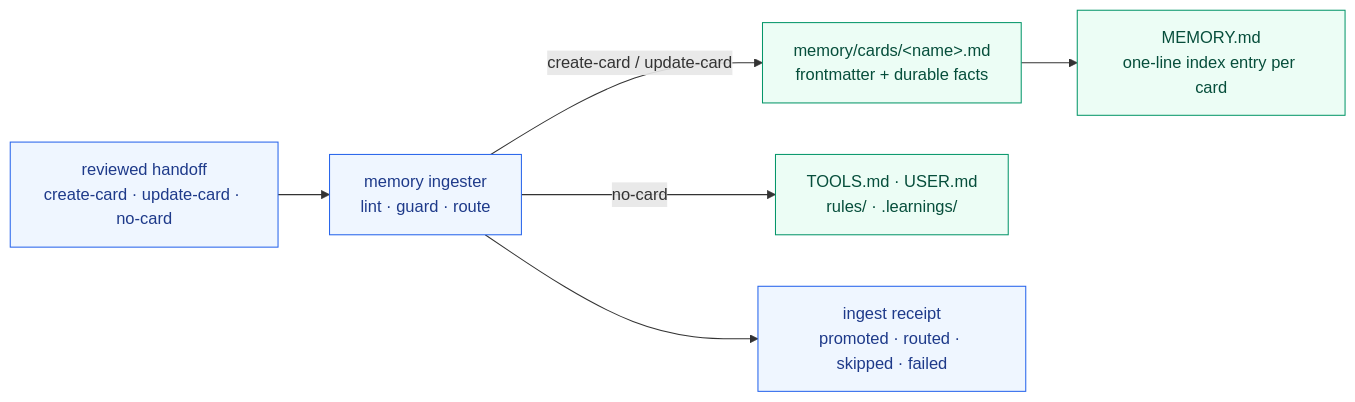
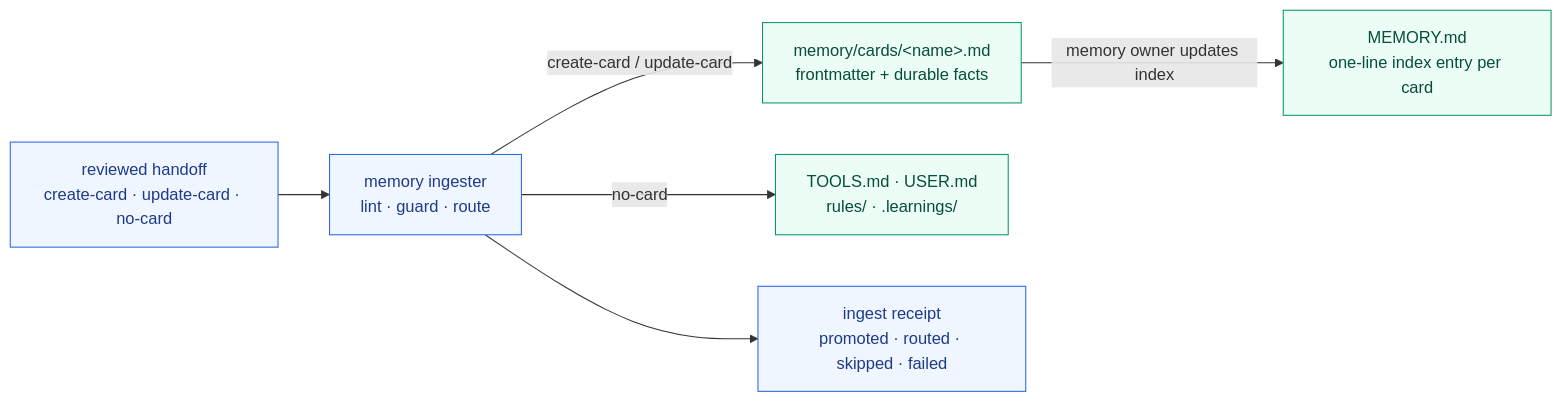
Before and after one commit to escoffier-labs/brigade: the second of 12 diagrams in docs/overview.md, drawn with Mermaid. The commit also changed other lines of this file and 13 other files, not shown here.

````diff
--- a/docs/overview.md
+++ b/docs/overview.md
@@ -220,20 +222,21 @@
 ```mermaid
 flowchart LR
     HANDOFF["reviewed handoff<br/>create-card · update-card · no-card"]
     INGEST["memory ingester<br/>lint · guard · route"]
     CARD["memory/cards/&lt;name&gt;.md<br/>frontmatter + durable facts"]
     INDEX["MEMORY.md<br/>one-line index entry per card"]
     DOCS["TOOLS.md · USER.md<br/>rules/ · .learnings/"]
     RECEIPT["ingest receipt<br/>promoted · routed · skipped · failed"]
 
     HANDOFF --> INGEST
-    INGEST -->|create-card / update-card| CARD --> INDEX
+    INGEST -->|create-card / update-card| CARD
+    CARD -->|memory owner updates index| INDEX
     INGEST -->|no-card| DOCS
     INGEST --> RECEIPT
 
     classDef local fill:#eff6ff,stroke:#2563eb,color:#1e3a8a;
     classDef memory fill:#ecfdf5,stroke:#059669,color:#064e3b;
     classDef step fill:#f1f5f9,stroke:#64748b,color:#334155;
     class HANDOFF,INGEST,RECEIPT local;
     class CARD,INDEX,DOCS memory;
 ```
````
